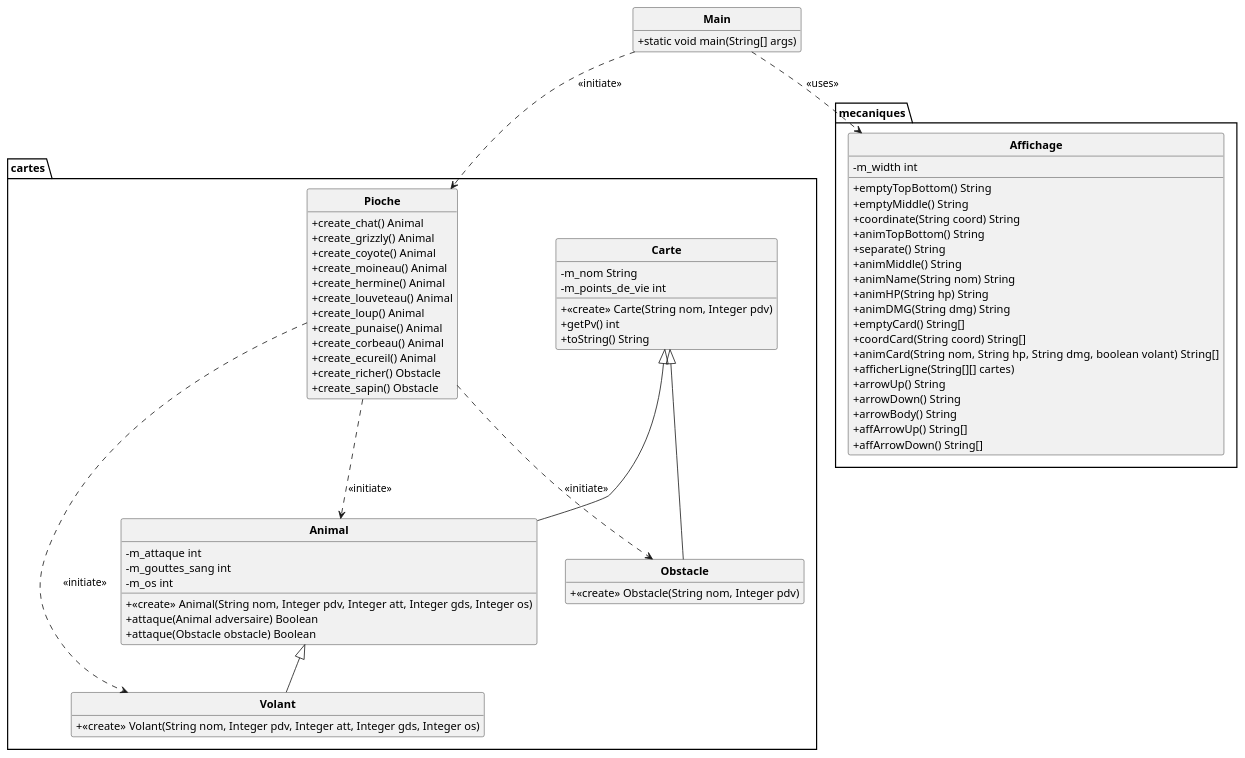
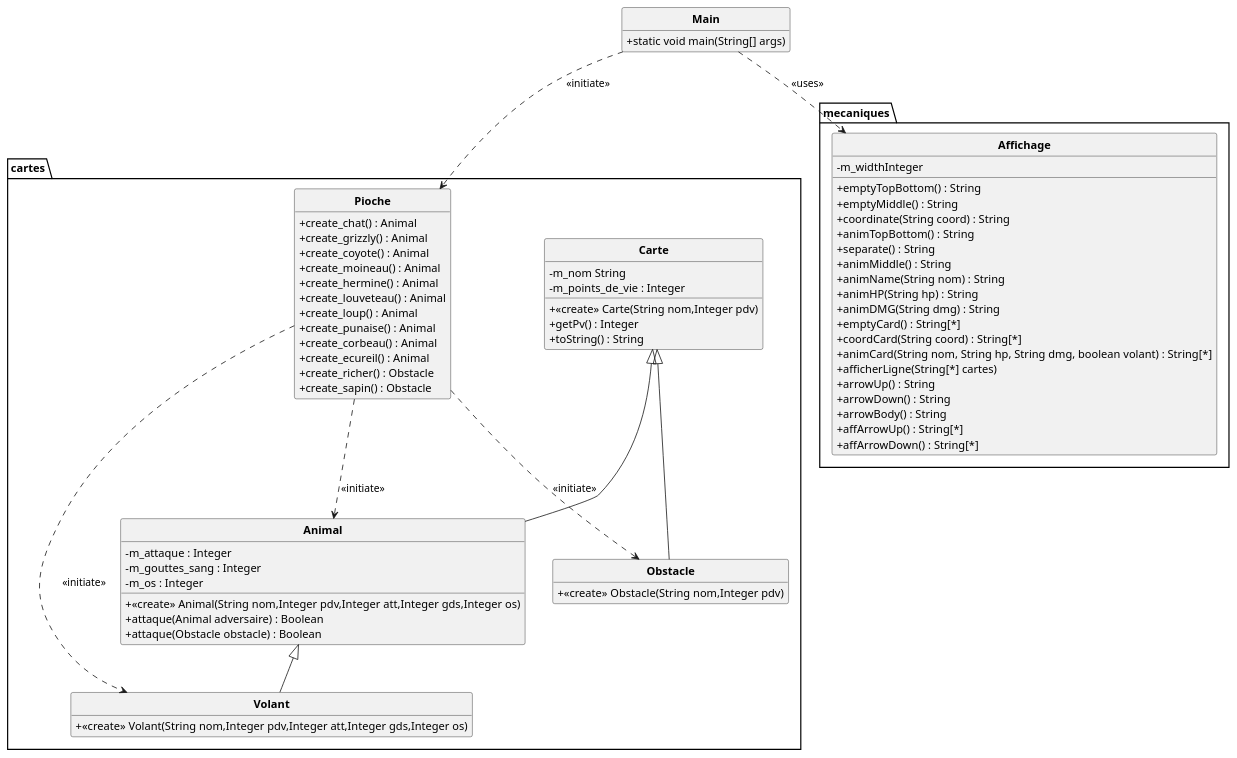
The diagram in uml/semaine1.puml (3RZ4-L/projet_Inscryption), drawn with PlantUML before and after one commit. The commit also changed 1 other file, not shown here.

Commit message:
Corrections uml

```diff
--- a/uml/semaine1.puml
+++ b/uml/semaine1.puml
@@ -1,84 +1,84 @@
 @startuml
 
 skinparam classAttributeIconSize 0
 skinparam classFontStyle Bold
 skinparam style strictuml
 hide empty members
 
 package cartes {
     class Carte {
         - m_nom String
-        - m_points_de_vie int
-        + <<create>> Carte(String nom, Integer pdv)
-        + getPv() int
-        + toString() String
+        - m_points_de_vie : Integer
+        + <<create>> Carte(String nom,Integer pdv)
+        + getPv() : Integer
+        + toString() : String
     }
 
     class Animal extends Carte{
-        - m_attaque int
-        - m_gouttes_sang int
-        - m_os int
-        + <<create>> Animal(String nom, Integer pdv, Integer att, Integer gds, Integer os)
-        + attaque(Animal adversaire) Boolean
-        + attaque(Obstacle obstacle) Boolean
+        - m_attaque : Integer
+        - m_gouttes_sang : Integer
+        - m_os : Integer
+        + <<create>> Animal(String nom,Integer pdv,Integer att,Integer gds,Integer os)
+        + attaque(Animal adversaire) : Boolean
+        + attaque(Obstacle obstacle) : Boolean
     }
 
     class Volant extends Animal{
-        + <<create>> Volant(String nom, Integer pdv, Integer att, Integer gds, Integer os)
+        + <<create>> Volant(String nom,Integer pdv,Integer att,Integer gds,Integer os)
     }
 
     class Obstacle extends Carte{
-        + <<create>> Obstacle(String nom, Integer pdv)
+        + <<create>> Obstacle(String nom,Integer pdv)
     }
 
     class Pioche {
-        + create_chat() Animal
-        + create_grizzly() Animal
-        + create_coyote() Animal
-        + create_moineau() Animal
-        + create_hermine() Animal
-        + create_louveteau() Animal
-        + create_loup() Animal
-        + create_punaise() Animal
-        + create_corbeau() Animal
-        + create_ecureil() Animal
-        + create_richer() Obstacle
-        + create_sapin() Obstacle
+        + create_chat() : Animal
+        + create_grizzly() : Animal
+        + create_coyote() : Animal
+        + create_moineau() : Animal
+        + create_hermine() : Animal
+        + create_louveteau() : Animal
+        + create_loup() : Animal
+        + create_punaise() : Animal
+        + create_corbeau() : Animal
+        + create_ecureil() : Animal
+        + create_richer() : Obstacle
+        + create_sapin() : Obstacle
     }
 }
 
 package mecaniques {
     class Affichage {
-        -m_width int
-        + emptyTopBottom() String
-        + emptyMiddle() String
-        + coordinate(String coord) String
-        + animTopBottom() String
-        + separate() String
-        + animMiddle() String
-        + animName(String nom) String
-        + animHP(String hp) String
-        + animDMG(String dmg) String
-        + emptyCard() String[]
-        + coordCard(String coord) String[]
-        + animCard(String nom, String hp, String dmg, boolean volant)  String[]
-        + afficherLigne(String[][] cartes)
-        + arrowUp() String
-        + arrowDown() String
-        + arrowBody() String
-        + affArrowUp() String[]
-        + affArrowDown() String[]
+        -m_widthInteger
+        + emptyTopBottom() : String
+        + emptyMiddle() : String
+        + coordinate(String coord) : String
+        + animTopBottom() : String
+        + separate() : String
+        + animMiddle() : String
+        + animName(String nom) : String
+        + animHP(String hp) : String
+        + animDMG(String dmg) : String
+        + emptyCard() : String[*]
+        + coordCard(String coord) : String[*]
+        + animCard(String nom, String hp, String dmg, boolean volant) : String[*]
+        + afficherLigne(String[*] cartes)
+        + arrowUp() : String
+        + arrowDown() : String
+        + arrowBody() : String
+        + affArrowUp() : String[*]
+        + affArrowDown() : String[*]
     }
 }
 
 class Main {
     +static void main(String[] args)
 }
 
 Main ..> Pioche : <<initiate>>
 Main ..> Affichage : <<uses>>
 Pioche ..> Animal : <<initiate>>
 Pioche ..> Obstacle : <<initiate>>
 Pioche ..> Volant : <<initiate>>
 
 @enduml
```
